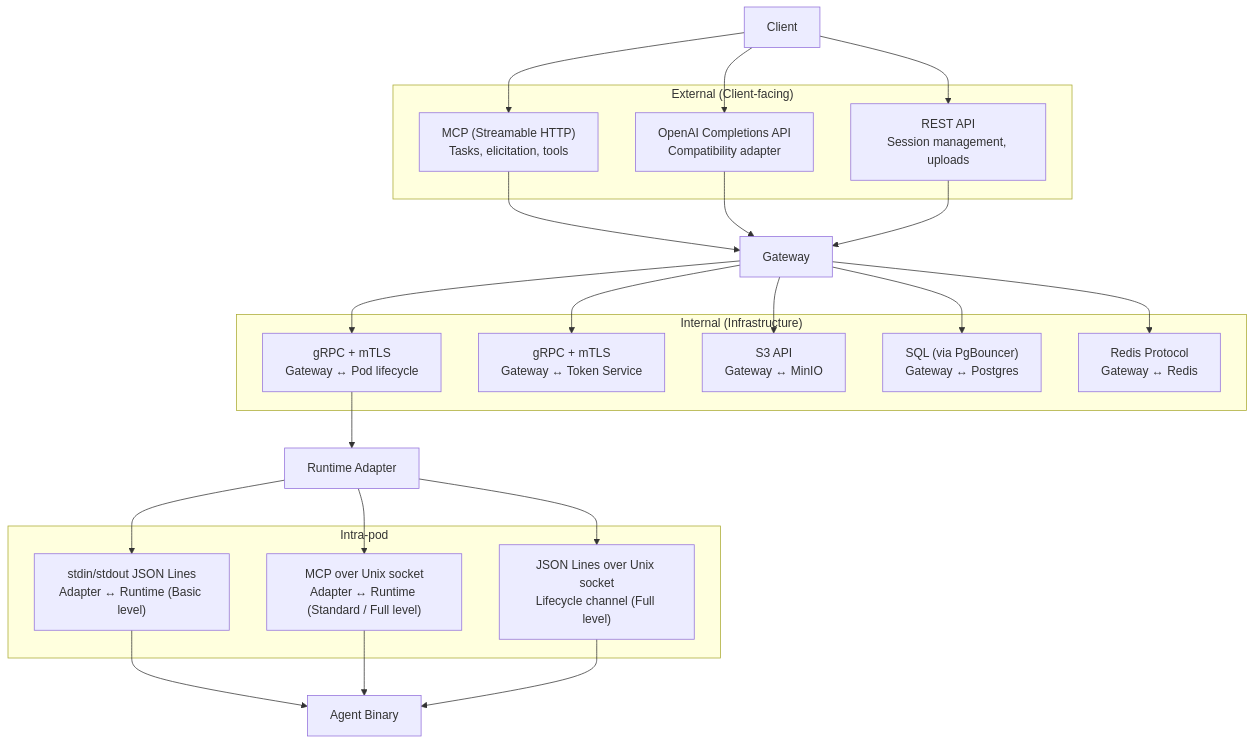
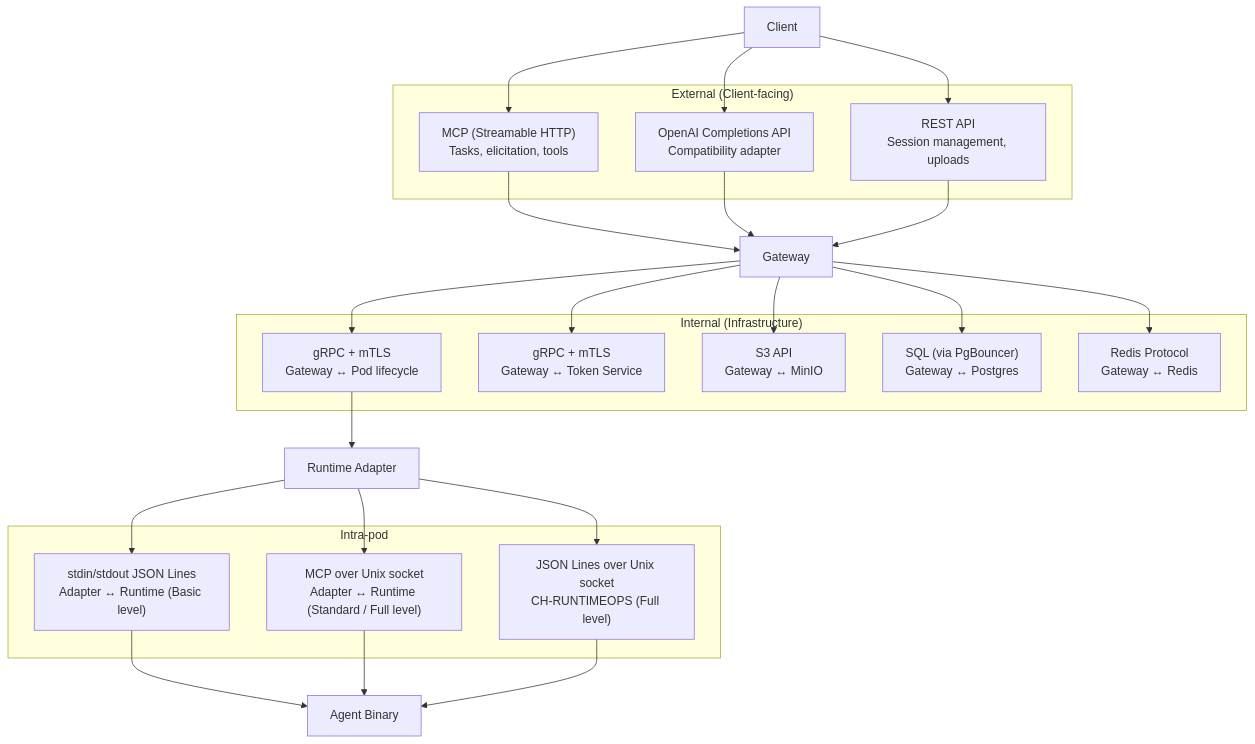
One commit to lennylabs/lenny changed the fourth of 5 diagrams in docs/getting-started/architecture.md. Above: the diagram before and after it, drawn with Mermaid. The commit also changed other lines of this file and 88 other files, not shown here.

````diff
--- a/docs/getting-started/architecture.md
+++ b/docs/getting-started/architecture.md
@@ -408,29 +408,29 @@
 ```mermaid
 graph TB
     subgraph "External (Client-facing)"
         EP1["MCP (Streamable HTTP)<br/>Tasks, elicitation, tools"]
         EP2["OpenAI Completions API<br/>Compatibility adapter"]
         EP3["REST API<br/>Session management, uploads"]
     end
 
     subgraph "Internal (Infrastructure)"
         IP1["gRPC + mTLS<br/>Gateway ↔ Pod lifecycle"]
         IP2["gRPC + mTLS<br/>Gateway ↔ Token Service"]
         IP3["S3 API<br/>Gateway ↔ MinIO"]
         IP4["SQL (via PgBouncer)<br/>Gateway ↔ Postgres"]
         IP5["Redis Protocol<br/>Gateway ↔ Redis"]
     end
 
     subgraph "Intra-pod"
         IP6["stdin/stdout JSON Lines<br/>Adapter ↔ Runtime (Basic level)"]
         IP7["MCP over Unix socket<br/>Adapter ↔ Runtime (Standard / Full level)"]
-        IP8["JSON Lines over Unix socket<br/>Lifecycle channel (Full level)"]
+        IP8["JSON Lines over Unix socket<br/>CH-RUNTIMEOPS (Full level)"]
     end
 
     C[Client] --> EP1 & EP2 & EP3
     EP1 & EP2 & EP3 --> GW3[Gateway]
     GW3 --> IP1 & IP2 & IP3 & IP4 & IP5
     IP1 --> Adapter[Runtime Adapter]
     Adapter --> IP6 & IP7 & IP8
     IP6 & IP7 & IP8 --> Runtime[Agent Binary]
 ```
````
